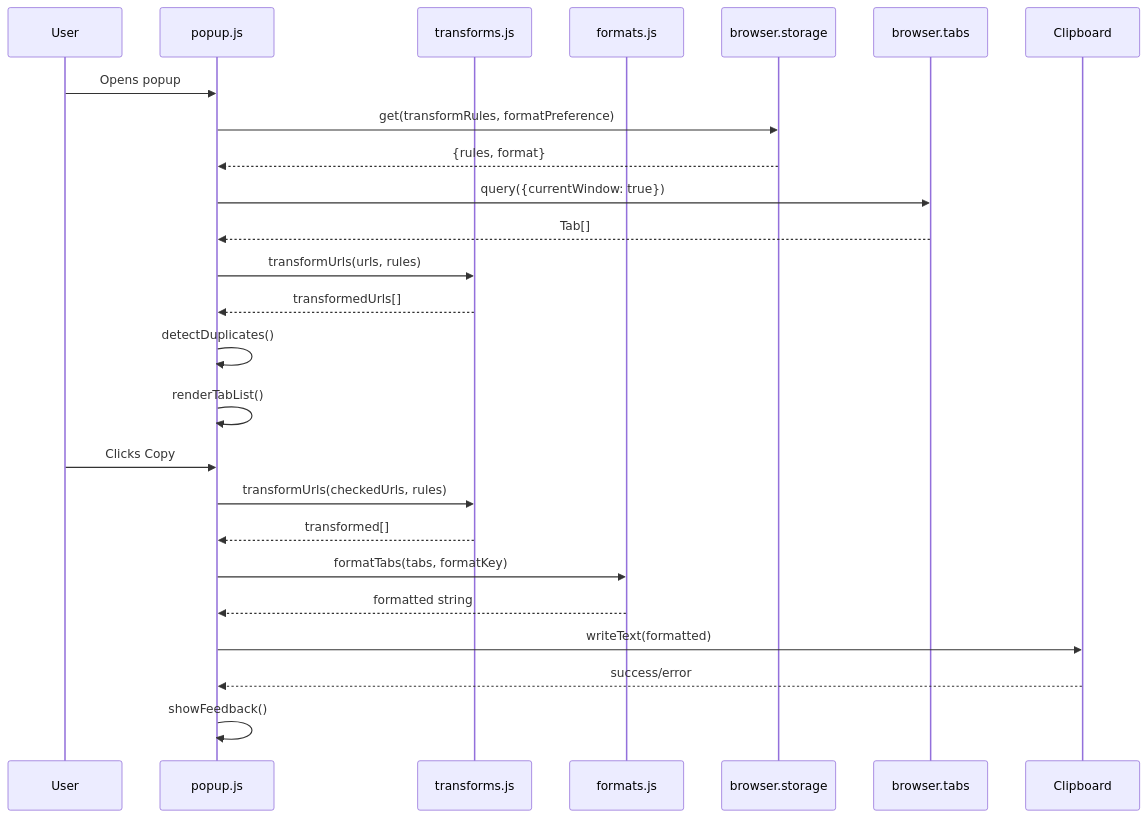
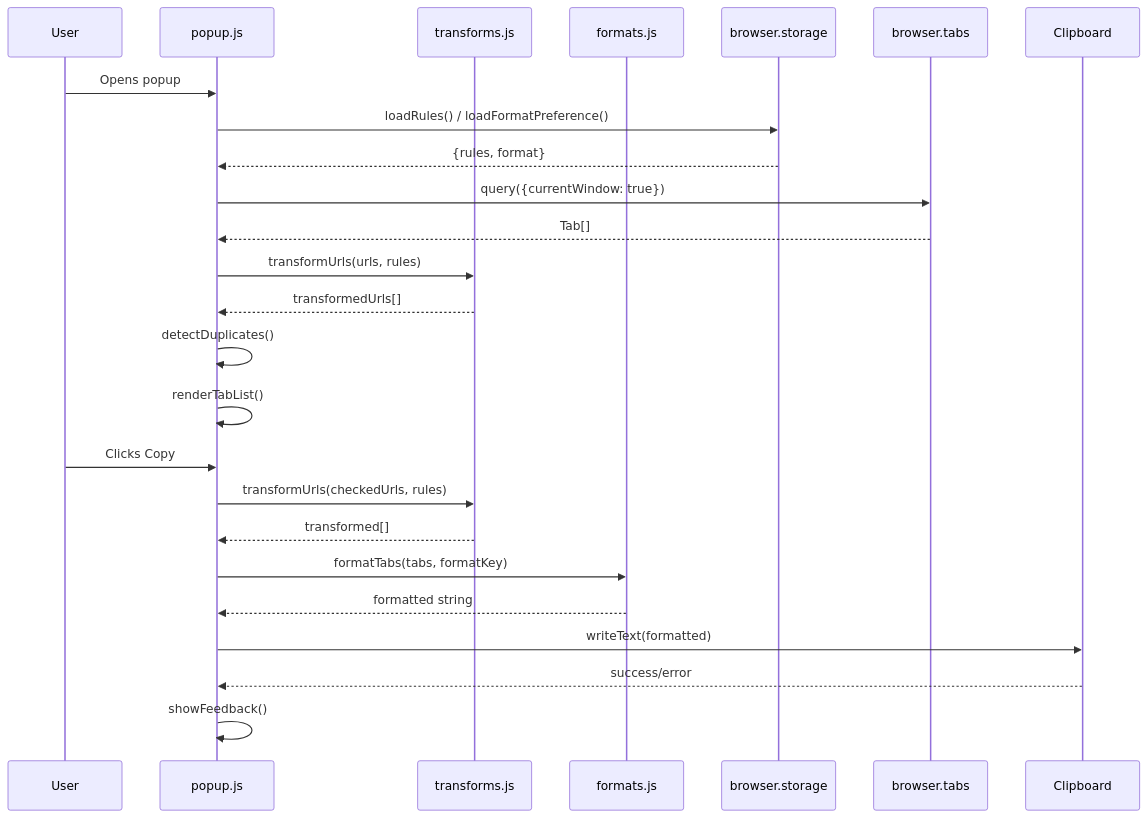
One commit to Texarkanine/tab-yeet changed the second of 2 diagrams in memory-bank/active/tasks.md. Above: the diagram before and after it, drawn with Mermaid. The commit also changed other lines of this file and 3 other files, not shown here.

````diff
--- a/memory-bank/active/tasks.md
+++ b/memory-bank/active/tasks.md
@@ -49,28 +50,28 @@
 ```mermaid
 sequenceDiagram
     participant U as User
     participant P as popup.js
     participant T as transforms.js
     participant F as formats.js
     participant S as browser.storage
     participant B as browser.tabs
     participant C as Clipboard
 
     U->>P: Opens popup
-    P->>S: get(transformRules, formatPreference)
+    P->>S: loadRules() / loadFormatPreference()
     S-->>P: {rules, format}
     P->>B: query({currentWindow: true})
     B-->>P: Tab[]
     P->>T: transformUrls(urls, rules)
     T-->>P: transformedUrls[]
     P->>P: detectDuplicates()
     P->>P: renderTabList()
     U->>P: Clicks Copy
     P->>T: transformUrls(checkedUrls, rules)
     T-->>P: transformed[]
     P->>F: formatTabs(tabs, formatKey)
     F-->>P: formatted string
     P->>C: writeText(formatted)
     C-->>P: success/error
     P->>P: showFeedback()
 ```
````
